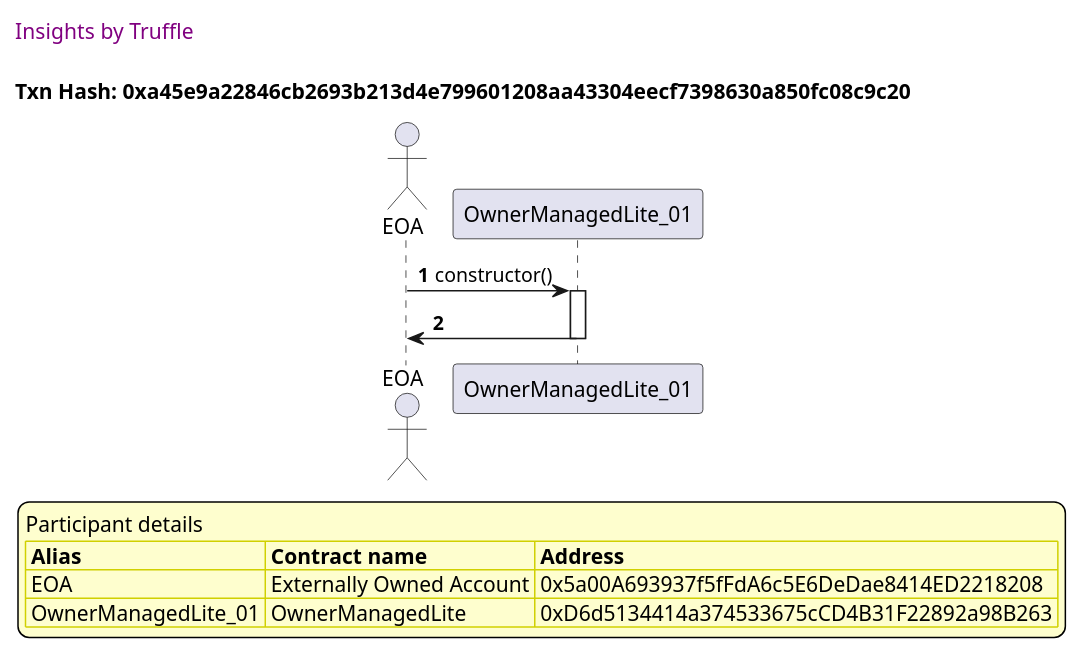
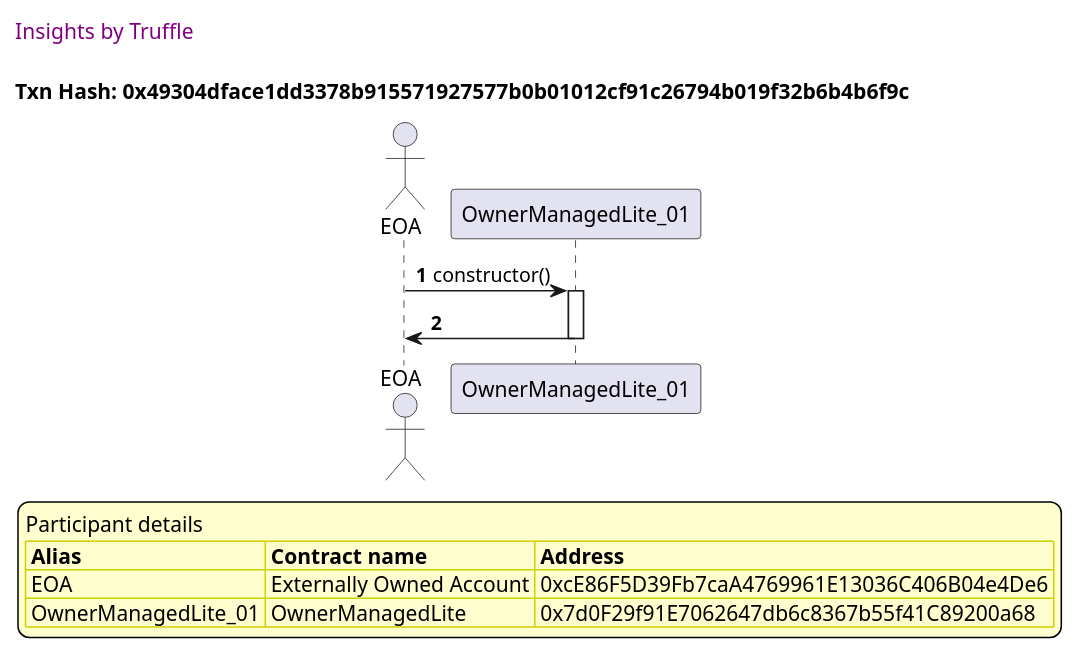
One commit to thedarkjester/ConsensysAssignment changed the tenth of 28 diagrams in truffle-seq/OwnerManagedLite_test_required_owners_amount.md. Above: the diagram before and after it, drawn with PlantUML. The commit also changed other lines of this file and 13 other files, not shown here.

````diff
--- a/truffle-seq/OwnerManagedLite_test_required_owners_amount.md
+++ b/truffle-seq/OwnerManagedLite_test_required_owners_amount.md
@@ -441,37 +441,37 @@
 ```plantuml
 
 
 @startuml
 
 autonumber
 skinparam legendBackgroundColor #FEFECE
 
 <style>
       header {
         HorizontalAlignment left
         FontColor purple
         FontSize 14
         Padding 10
       }
     </style>
 
 header Insights by Truffle
 
-title Txn Hash: 0xa45e9a22846cb2693b213d4e799601208aa43304eecf7398630a850fc08c9c20
+title Txn Hash: 0x49304dface1dd3378b915571927577b0b01012cf91c26794b019f32b6b4b6f9c
 
 
 actor EOA as "EOA"
 participant OwnerManagedLite_01 as "OwnerManagedLite_01"
 
 "EOA" -> "OwnerManagedLite_01" ++: constructor()
 "OwnerManagedLite_01" -> "EOA" --: 
 
 legend
 Participant details
 <#FEFECE,#D0D000>|= Alias |= Contract name |= Address |
-<#FEFECE>| EOA | Externally Owned Account | 0x5a00A693937f5fFdA6c5E6DeDae8414ED2218208 |
-<#FEFECE>| OwnerManagedLite_01 | OwnerManagedLite | 0xD6d5134414a374533675cCD4B31F22892a98B263 |
+<#FEFECE>| EOA | Externally Owned Account | 0xcE86F5D39Fb7caA4769961E13036C406B04e4De6 |
+<#FEFECE>| OwnerManagedLite_01 | OwnerManagedLite | 0x7d0F29f91E7062647db6c8367b55f41C89200a68 |
 endlegend
 
 @enduml
 ```
````
